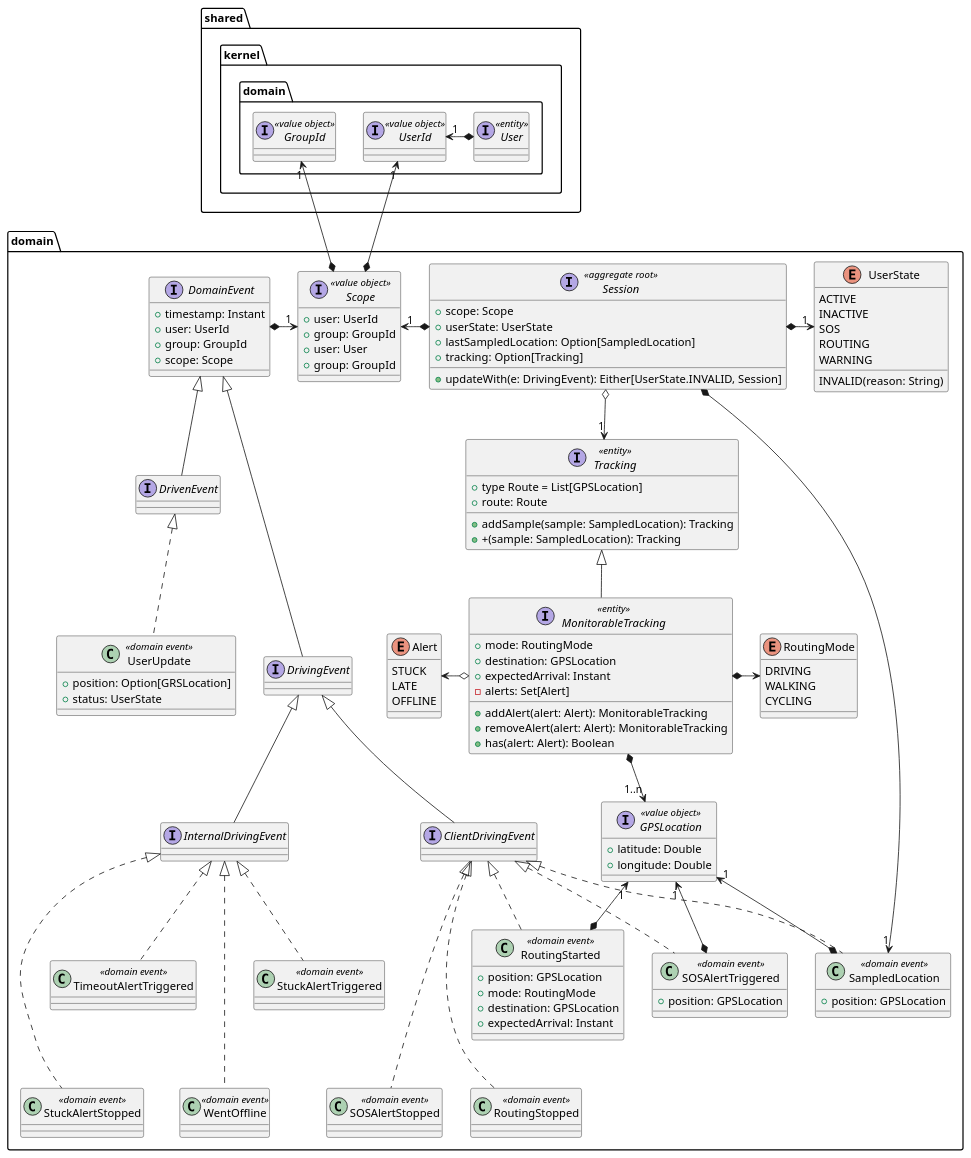
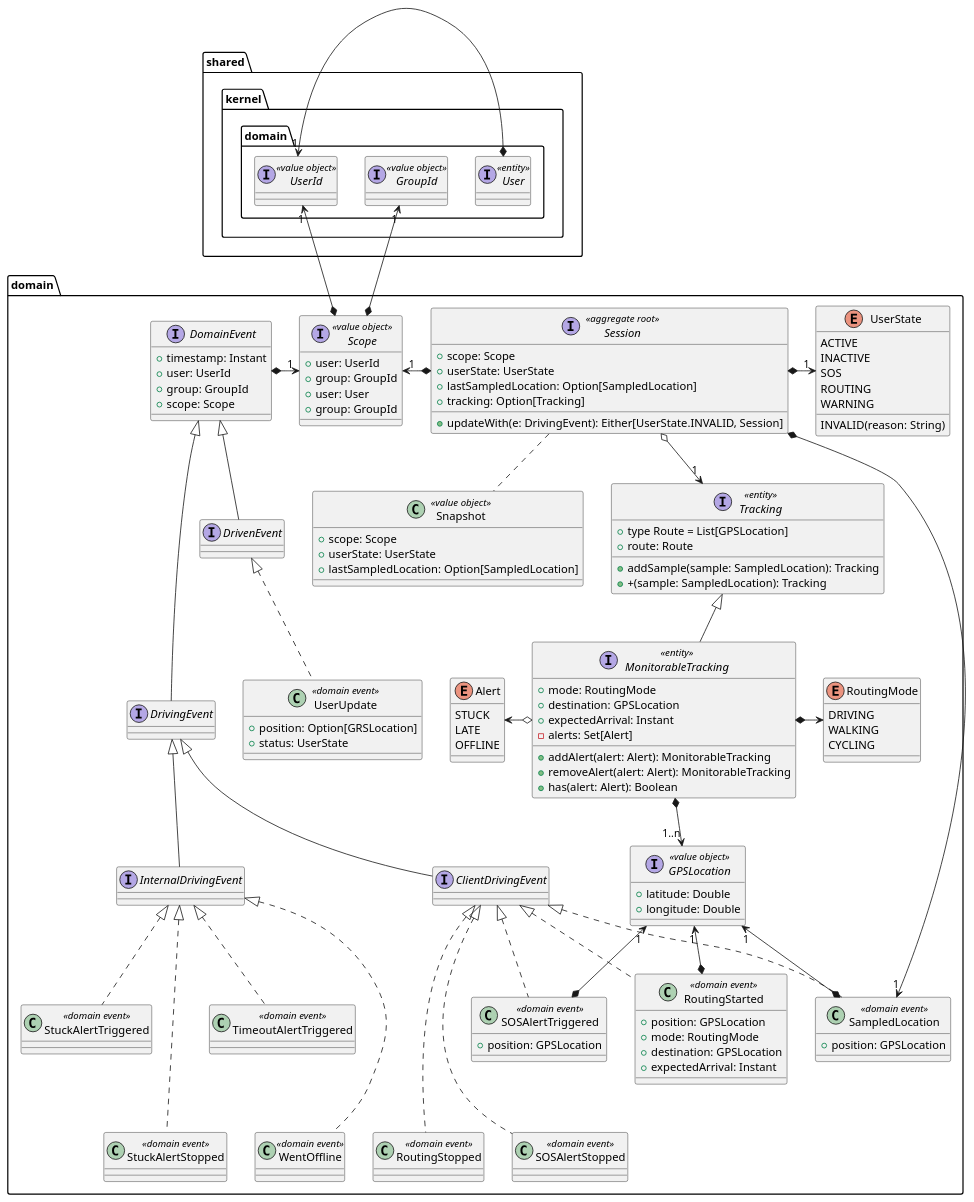
The first of 3 diagrams in content/docs/4-detailed-design/2-location-service.md (position-pal/Documentation), drawn with PlantUML before and after one commit. The commit also changed other lines of this file and 5 other files, not shown here.

```diff
--- a/content/docs/4-detailed-design/2-location-service.md
+++ b/content/docs/4-detailed-design/2-location-service.md
@@ -156,6 +156,14 @@
     MonitorableTracking *-r-> RoutingMode
     MonitorableTracking *--> "1..n" GPSLocation
 
+    class Snapshot <<value object>> {
+        + scope: Scope
+        + userState: UserState
+        + lastSampledLocation: Option[SampledLocation]
+    }
+
+    Session .. Snapshot
+
     interface Session <<aggregate root>> {
         + scope: Scope
         + userState: UserState
```
